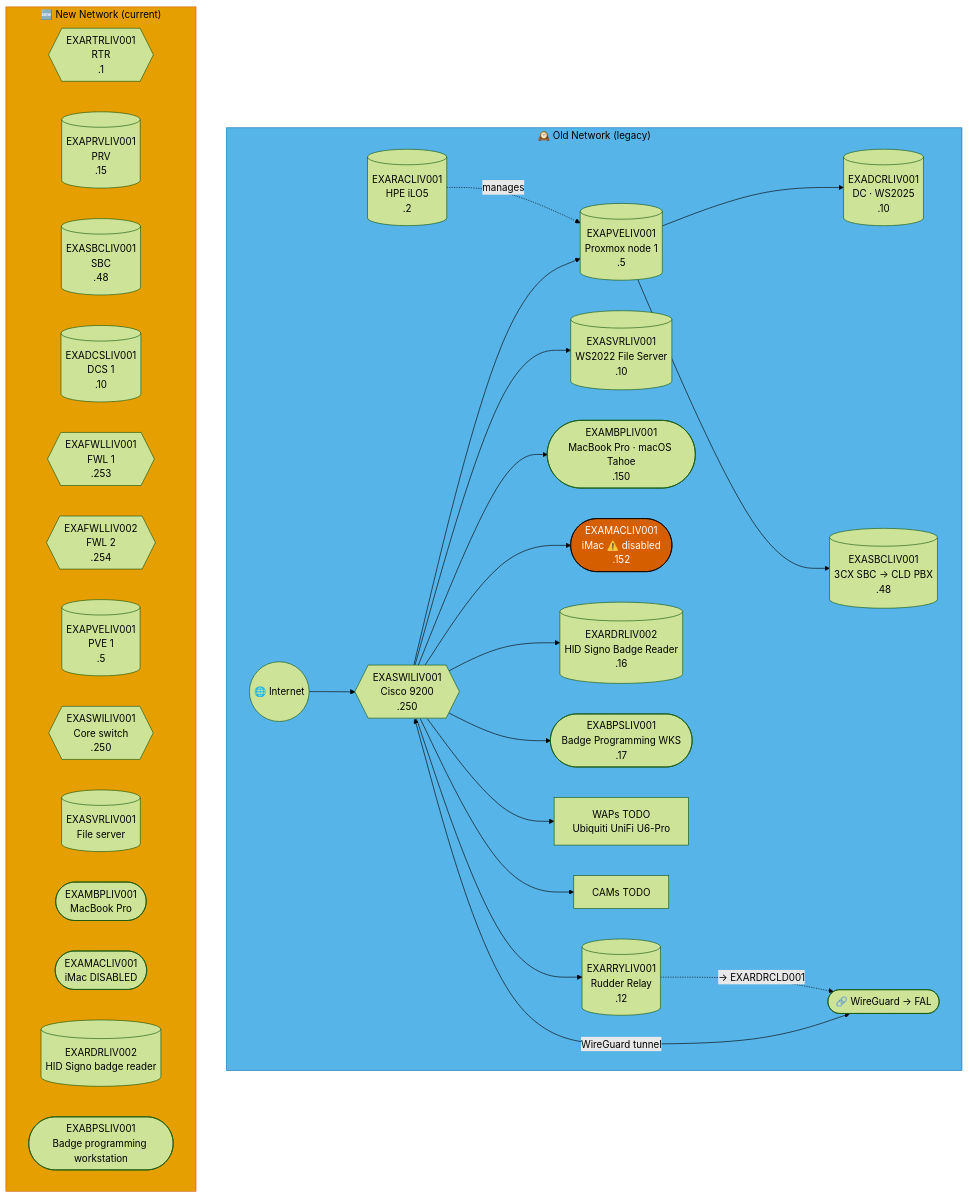
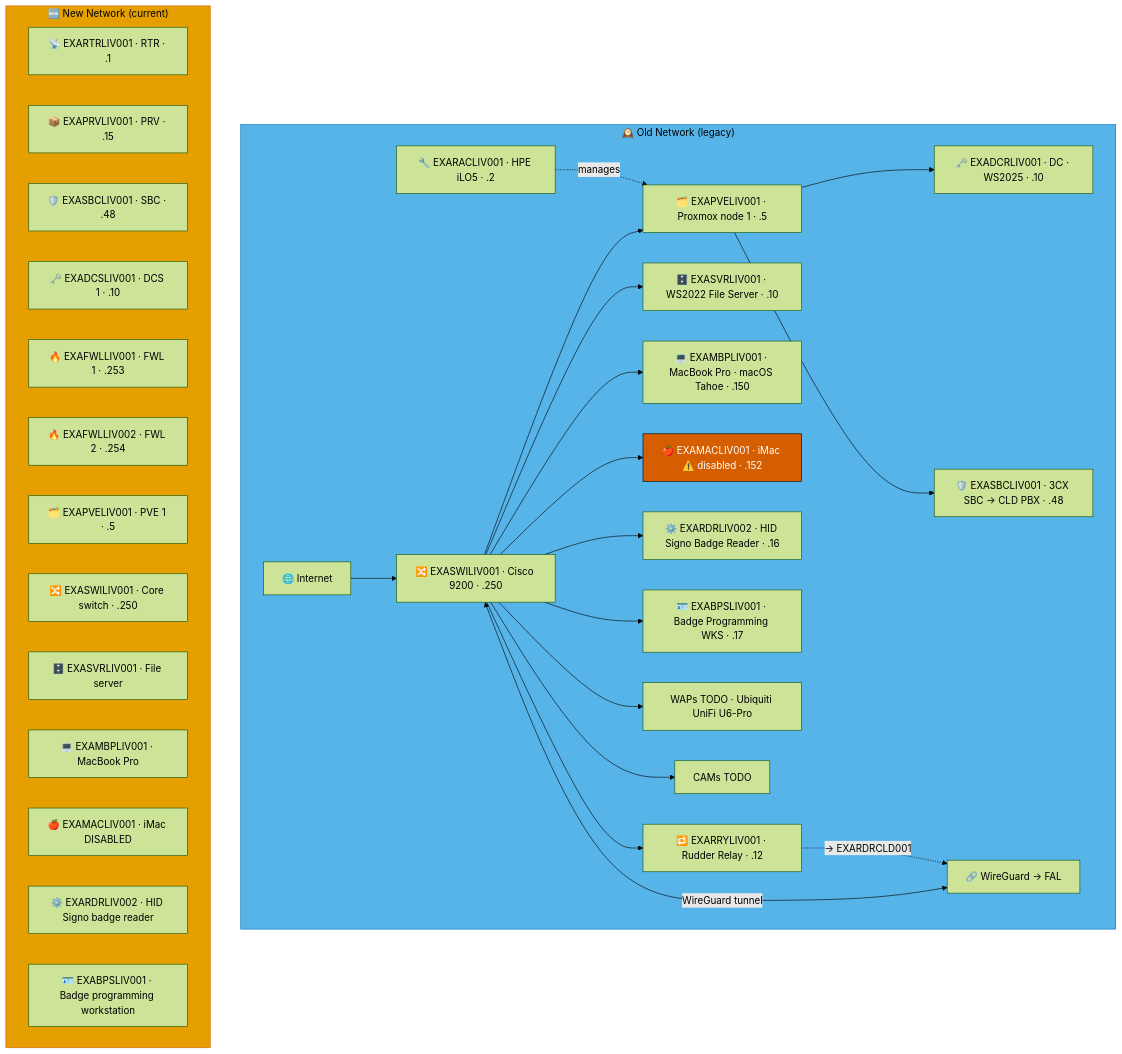
Diagram 12 of 51 in docs/network-diagram.md (knightmare2600/example_music_infra), drawn with Mermaid (forest theme) before and after one commit. The commit also changed other lines of this file and 5 other files, not shown here.

````diff
--- a/docs/network-diagram.md
+++ b/docs/network-diagram.md
@@ -903,50 +904,50 @@
 ```mermaid
 graph TD
     subgraph OLD_LIV ["🕰️ Old Network (legacy)"]
-      INET(("🌐 Internet"))
-      SW{{"EXASWILIV001<br/>Cisco 9200<br/>.250"}}
-      RAC[("EXARACLIV001<br/>HPE iLO5<br/>.2")]
-      PVE[("EXAPVELIV001<br/>Proxmox node 1<br/>.5")]
-      DC[("EXADCRLIV001<br/>DC · WS2025<br/>.10")]
-      SBC[("EXASBCLIV001<br/>3CX SBC → CLD PBX<br/>.48")]
-      RRY[("EXARRYLIV001<br/>Rudder Relay<br/>.12")]
-      SRV[("EXASVRLIV001<br/>WS2022 File Server<br/>.10")]
-      MBP(["EXAMBPLIV001<br/>MacBook Pro · macOS Tahoe<br/>.150"])
-      MAC(["EXAMACLIV001<br/>iMac ⚠️ disabled<br/>.152"])
-      RDR[("EXARDRLIV002<br/>HID Signo Badge Reader<br/>.16")]
-      BPS(["EXABPSLIV001<br/>Badge Programming WKS<br/>.17"])
-      WAP["WAPs TODO<br/>Ubiquiti UniFi U6-Pro"]
+      INET["🌐 Internet"]
+      SW["🔀 EXASWILIV001 · Cisco 9200 · .250"]
+      RAC["🔧 EXARACLIV001 · HPE iLO5 · .2"]
+      PVE["🗂️ EXAPVELIV001 · Proxmox node 1 · .5"]
+      DC["🗝️ EXADCRLIV001 · DC · WS2025 · .10"]
+      SBC["🛡️ EXASBCLIV001 · 3CX SBC → CLD PBX · .48"]
+      RRY["🔁 EXARRYLIV001 · Rudder Relay · .12"]
+      SRV["🗄️ EXASVRLIV001 · WS2022 File Server · .10"]
+      MBP["💻 EXAMBPLIV001 · MacBook Pro · macOS Tahoe · .150"]
+      MAC["🍎 EXAMACLIV001 · iMac ⚠️ disabled · .152"]
+      RDR["⚙️ EXARDRLIV002 · HID Signo Badge Reader · .16"]
+      BPS["🪪 EXABPSLIV001 · Badge Programming WKS · .17"]
+      WAP["WAPs TODO · Ubiquiti UniFi U6-Pro"]
       CAM["CAMs TODO"]
-      VPN(["🔗 WireGuard → FAL"])
+      VPN["🔗 WireGuard → FAL"]
 
       INET --> SW
       SW --> PVE --> DC & SBC
       RAC -.->|"manages"| PVE
       SW --> SRV & MBP & MAC & RDR & BPS & WAP & CAM
       SW <-->|"WireGuard tunnel"| VPN
 
       SW --> RRY
       RRY -. "→ EXARDRCLD001" .-> VPN
     end
     style OLD_LIV fill:#56B4E9,stroke:#0072B2,color:#000000
     %% GENERATED:NEW-NETWORK:LIV:START
     subgraph NEW_LIV ["🆕 New Network (current)"]
-      N_RTR{{"EXARTRLIV001<br/>RTR<br/>.1"}}
-      N_PRV[("EXAPRVLIV001<br/>PRV<br/>.15")]
-      N_SBC[("EXASBCLIV001<br/>SBC<br/>.48")]
-      N_DCS[("EXADCSLIV001<br/>DCS 1<br/>.10")]
-      N_FWL{{"EXAFWLLIV001<br/>FWL 1<br/>.253"}}
-      N_FWL2{{"EXAFWLLIV002<br/>FWL 2<br/>.254"}}
-      N_PVE[("EXAPVELIV001<br/>PVE 1<br/>.5")]
-      N_SWI{{"EXASWILIV001<br/>Core switch<br/>.250"}}
-      N_SVR[("EXASVRLIV001<br/>File server")]
-      N_MBP(["EXAMBPLIV001<br/>MacBook Pro"])
-      N_MAC(["EXAMACLIV001<br/>iMac DISABLED"])
-      N_RDR[("EXARDRLIV002<br/>HID Signo badge reader")]
-      N_BPS(["EXABPSLIV001<br/>Badge programming workstation"])
+      N_RTR["📡 EXARTRLIV001 · RTR · .1"]
+      N_PRV["📦 EXAPRVLIV001 · PRV · .15"]
+      N_SBC["🛡️ EXASBCLIV001 · SBC · .48"]
+      N_DCS["🗝️ EXADCSLIV001 · DCS 1 · .10"]
+      N_FWL["🔥 EXAFWLLIV001 · FWL 1 · .253"]
+      N_FWL2["🔥 EXAFWLLIV002 · FWL 2 · .254"]
+      N_PVE["🗂️ EXAPVELIV001 · PVE 1 · .5"]
+      N_SWI["🔀 EXASWILIV001 · Core switch · .250"]
+      N_SVR["🗄️ EXASVRLIV001 · File server"]
+      N_MBP["💻 EXAMBPLIV001 · MacBook Pro"]
+      N_MAC["🍎 EXAMACLIV001 · iMac DISABLED"]
+      N_RDR["⚙️ EXARDRLIV002 · HID Signo badge reader"]
+      N_BPS["🪪 EXABPSLIV001 · Badge programming workstation"]
     end
     style NEW_LIV fill:#E69F00,stroke:#D55E00,color:#000000
     %% GENERATED:NEW-NETWORK:LIV:END
     classDef warn fill:#D55E00,stroke:#000000,color:#ffffff
     class MAC warn
 ```
````
